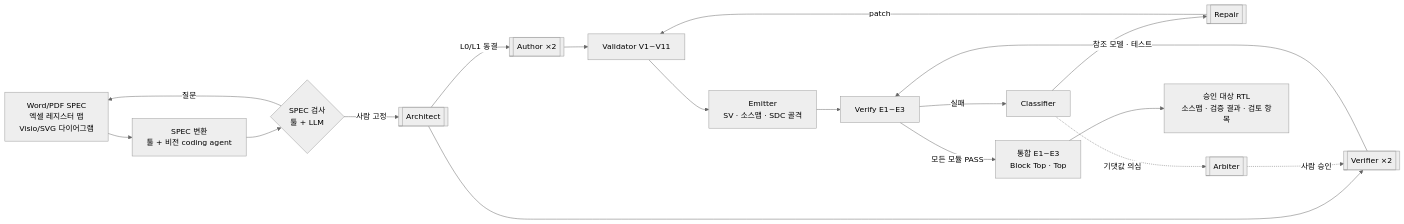
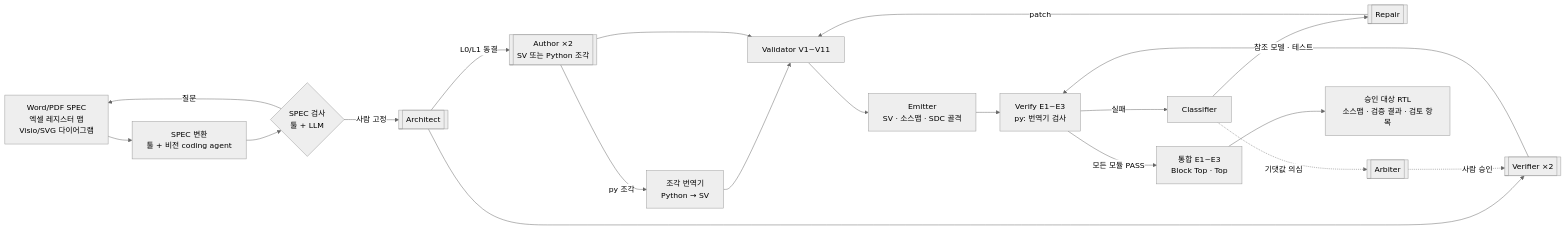
The second of 3 diagrams in ARCHITECTURE.md (lee30806/chip-design-department), drawn with Mermaid (neutral theme) before and after one commit. The commit also changed other lines of this file and 28 other files, not shown here.

First line of the commit message:
P8a: Python 동작 조각 (번역기, 설계 모델 실행기, 번역기 검사)

````diff
--- a/ARCHITECTURE.md
+++ b/ARCHITECTURE.md
@@ -105,20 +105,22 @@
 ```mermaid
 flowchart LR
   SRC[Word/PDF SPEC<br/>엑셀 레지스터 맵<br/>Visio/SVG 다이어그램] --> CONV[SPEC 변환<br/>툴 + 비전 coding agent]
   CONV --> CHK{SPEC 검사<br/>툴 + LLM}
   CHK -- 질문 --> SRC
   CHK -- 사람 고정 --> ARCH[[Architect]]
-  ARCH -- L0/L1 동결 --> AUTH[[Author ×2]]
+  ARCH -- L0/L1 동결 --> AUTH[[Author ×2<br/>SV 또는 Python 조각]]
   ARCH --> VER[[Verifier ×2]]
+  AUTH -- py 조각 --> LOW[조각 번역기<br/>Python → SV]
+  LOW --> VAL
   AUTH --> VAL[Validator V1~V11]
   VAL --> EMIT[Emitter<br/>SV · 소스맵 · SDC 골격]
-  EMIT --> VFY[Verify E1~E3]
+  EMIT --> VFY[Verify E1~E3<br/>py: 번역기 검사]
   VER -- 참조 모델 · 테스트 --> VFY
   VFY -- 실패 --> CLS[Classifier]
   CLS --> REP[[Repair]]
   REP -- patch --> VAL
   CLS -. 기댓값 의심 .-> ARB[[Arbiter]]
   ARB -. 사람 승인 .-> VER
   VFY -- 모든 모듈 PASS --> INT[통합 E1~E3<br/>Block Top · Top]
   INT --> OUT[승인 대상 RTL<br/>소스맵 · 검증 결과 · 검토 항목]
 ```
````
